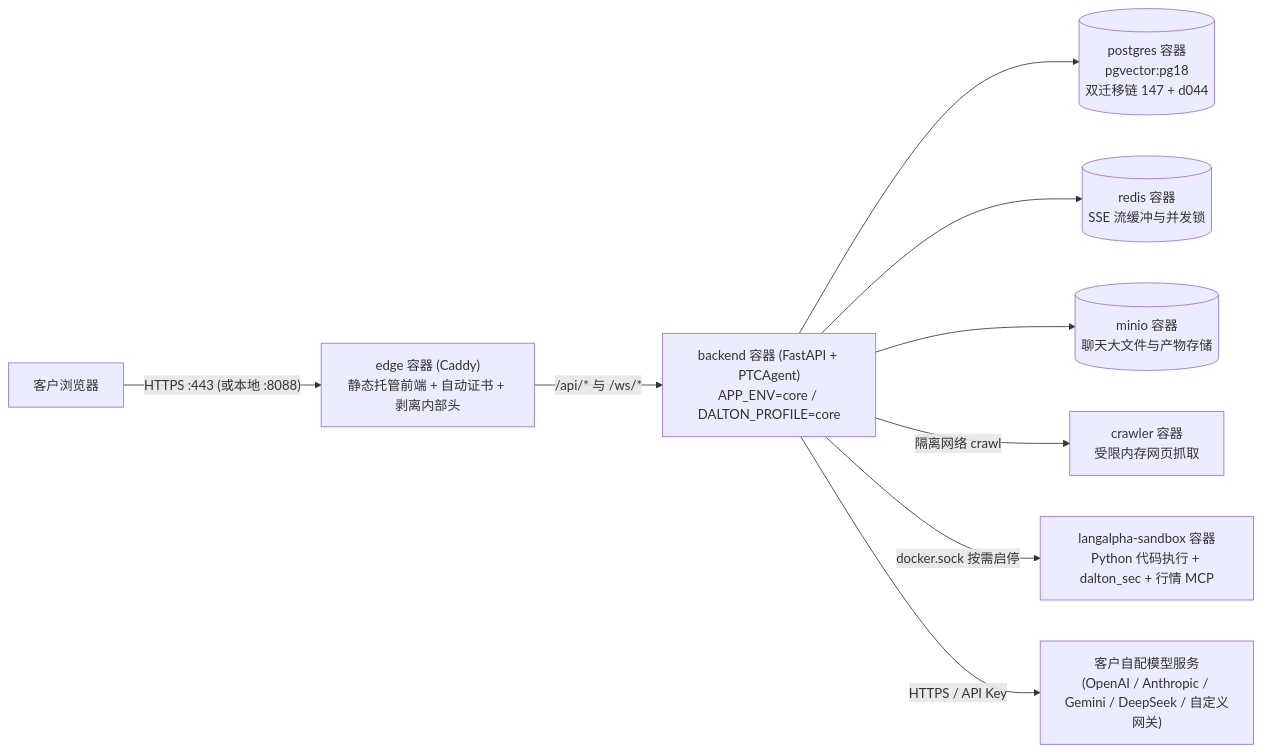
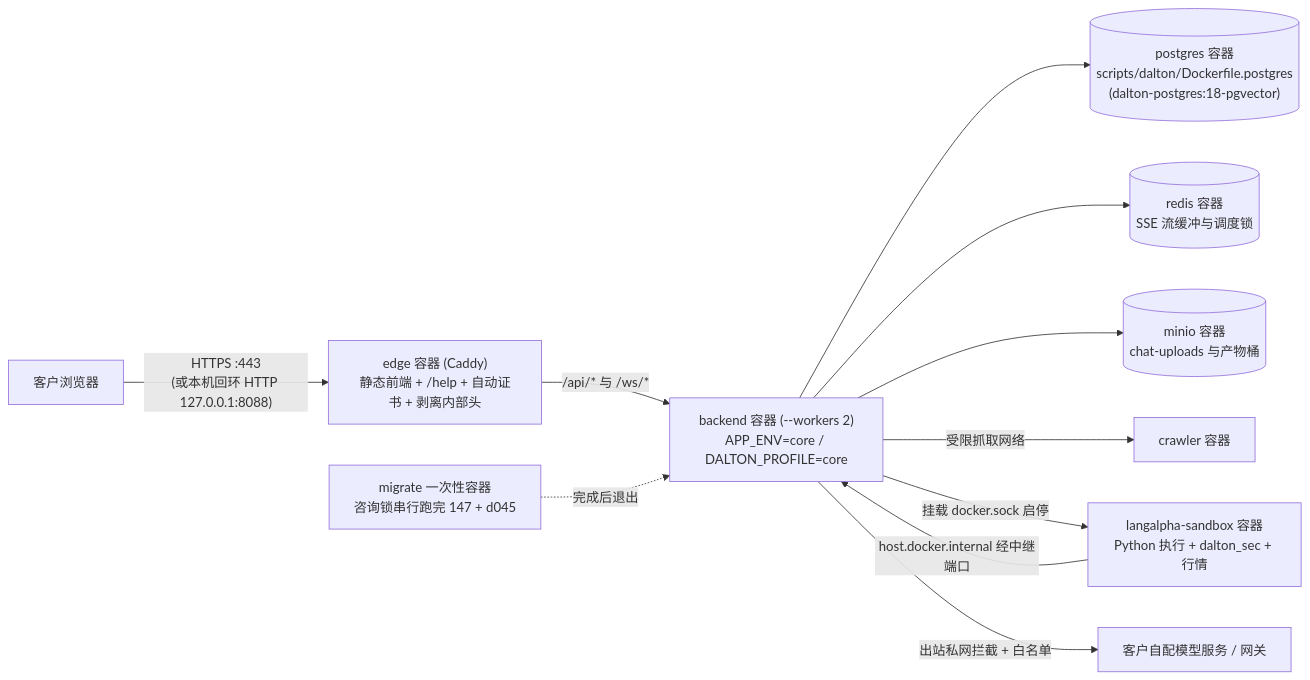
One commit to everflowinv/dalton-langalpha changed the first of 3 diagrams in docs/dalton/features/standalone-core.md. Above: the diagram before and after it, drawn with Mermaid. The commit also changed other lines of this file, not shown here.

Commit message:
WIP design r2: standalone core

````diff
--- a/docs/dalton/features/standalone-core.md
+++ b/docs/dalton/features/standalone-core.md
@@ -145,11 +149,13 @@
 ```mermaid
 flowchart LR
-    User["客户浏览器"] -->|"HTTPS :443 (或本地 :8088)"| Edge["edge 容器 (Caddy)<br/>静态托管前端 + 自动证书 + 剥离内部头"]
-    Edge -->|"/api/* 与 /ws/*"| Backend["backend 容器 (FastAPI + PTCAgent)<br/>APP_ENV=core / DALTON_PROFILE=core"]
-    Backend --> PG[("postgres 容器<br/>pgvector:pg18<br/>双迁移链 147 + d044")]
-    Backend --> Redis[("redis 容器<br/>SSE 流缓冲与并发锁")]
-    Backend --> MinIO[("minio 容器<br/>聊天大文件与产物存储")]
-    Backend -->|"隔离网络 crawl"| Crawler["crawler 容器<br/>受限内存网页抓取"]
-    Backend -->|"docker.sock 按需启停"| Sandbox["langalpha-sandbox 容器<br/>Python 代码执行 + dalton_sec + 行情 MCP"]
-    Backend -->|"HTTPS / API Key"| LLM["客户自配模型服务<br/>(OpenAI / Anthropic / Gemini / DeepSeek / 自定义网关)"]
+    User["客户浏览器"] -->|"HTTPS :443<br/>(或本机回环 HTTP 127.0.0.1:8088)"| Edge["edge 容器 (Caddy)<br/>静态前端 + /help + 自动证书 + 剥离内部头"]
+    Edge -->|"/api/* 与 /ws/*"| Backend["backend 容器 (--workers 2)<br/>APP_ENV=core / DALTON_PROFILE=core"]
+    Migrate["migrate 一次性容器<br/>咨询锁串行跑完 147 + d045"] -.->|"完成后退出"| Backend
+    Backend --> PG[("postgres 容器<br/>scripts/dalton/Dockerfile.postgres<br/>(dalton-postgres:18-pgvector)")]
+    Backend --> Redis[("redis 容器<br/>SSE 流缓冲与调度锁")]
+    Backend --> MinIO[("minio 容器<br/>chat-uploads 与产物桶")]
+    Backend -->|"受限抓取网络"| Crawler["crawler 容器"]
+    Backend -->|"挂载 docker.sock 启停"| Sandbox["langalpha-sandbox 容器<br/>Python 执行 + dalton_sec + 行情"]
+    Sandbox -->|"host.docker.internal 经中继端口"| Backend
+    Backend -->|"出站私网拦截 + 白名单"| LLM["客户自配模型服务 / 网关"]
 ```
````
